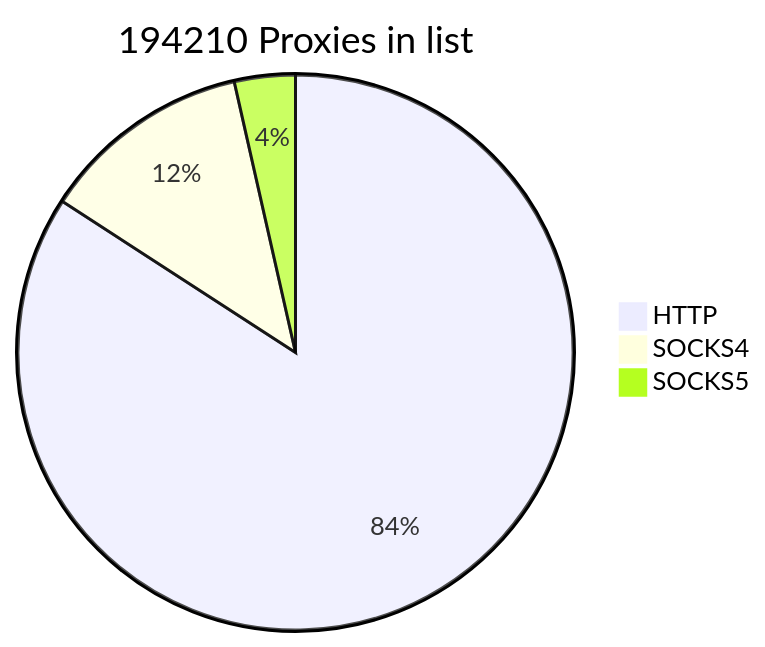
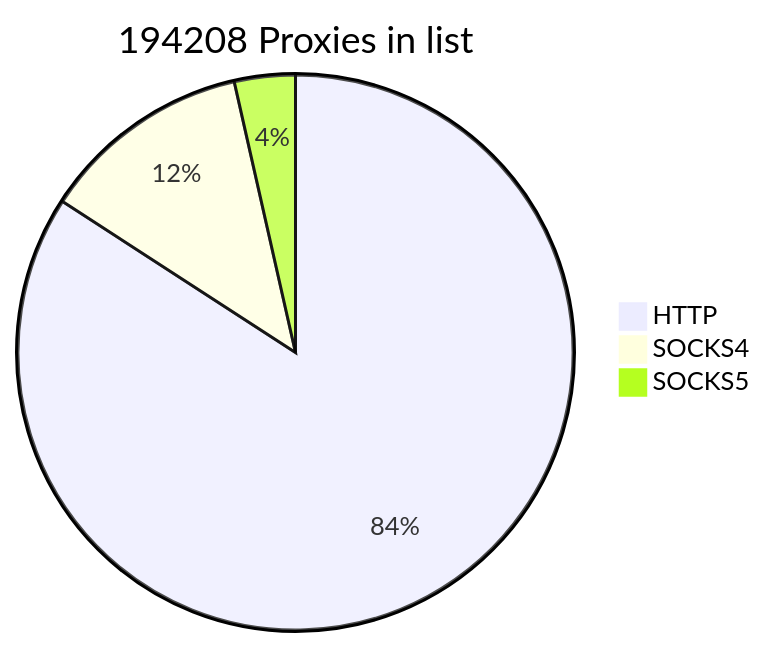
Before and after one commit to cutipu/proxylist: the first of 2 diagrams in README.md, drawn with Mermaid. The commit also changed other lines of this file, not shown here.

````diff
--- a/README.md
+++ b/README.md
@@ -2,7 +2,7 @@
 ```mermaid
-pie title 194210 Proxies in list
-    "HTTP" : 163436
+pie title 194208 Proxies in list
+    "HTTP" : 163433
     "SOCKS4" : 23897
-    "SOCKS5" : 6877
+    "SOCKS5" : 6878
             
 ```
````
